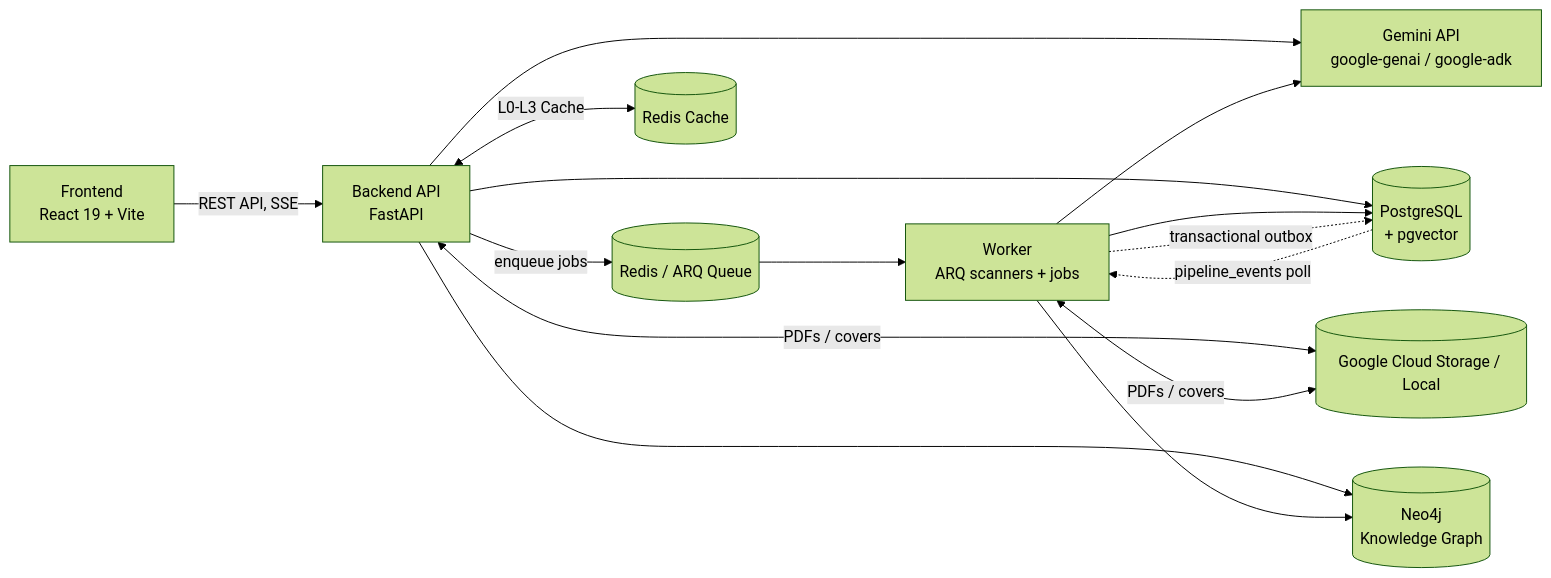
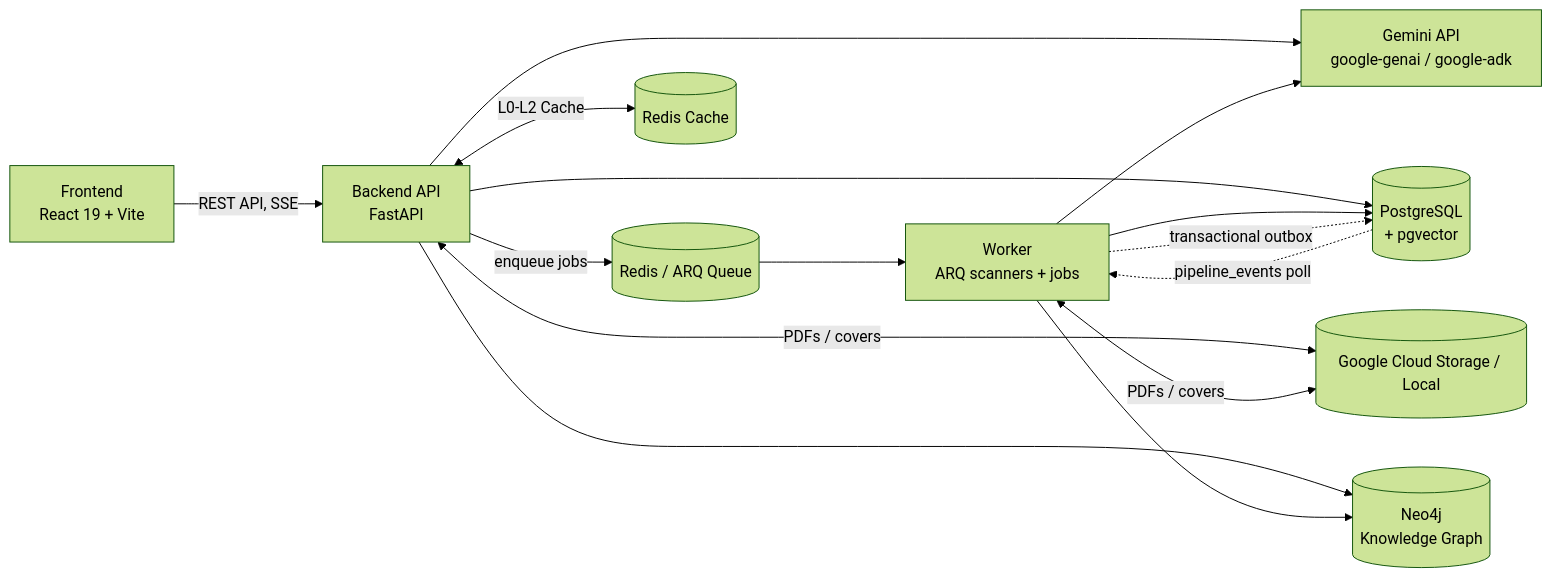
One commit to Kitabim-AI/kitabim-ai changed the first of 3 diagrams in README.md. Above: the diagram before and after it, drawn with Mermaid (forest theme). The commit also changed 18 other files, not shown here.

Commit message:
feat: implement knowledge graph support, enhance i18n translation fallbacks, and update summary pipeline design.

````diff
--- a/README.md
+++ b/README.md
@@ -78,17 +78,17 @@
 ```mermaid
 flowchart LR
   FE[Frontend<br/>React 19 + Vite] -->|REST API, SSE| BE[Backend API<br/>FastAPI]
   BE -->|enqueue jobs| RQ[(Redis / ARQ Queue)]
   RQ --> WK[Worker<br/>ARQ scanners + jobs]
   BE --> GEM[Gemini API<br/>google-genai / google-adk]
   WK --> GEM
   BE --> DB[(PostgreSQL<br/>+ pgvector)]
   WK --> DB
   WK -.->|transactional outbox| DB
   DB -.->|pipeline_events poll| WK
   BE <-->|PDFs / covers| GCS[(Google Cloud Storage / Local)]
   WK <-->|PDFs / covers| GCS
-  BE <-->|L0-L3 Cache| CACHE[(Redis Cache)]
+  BE <-->|L0-L2 Cache| CACHE[(Redis Cache)]
   BE --> N4J[(Neo4j<br/>Knowledge Graph)]
   WK --> N4J
 ```
````
